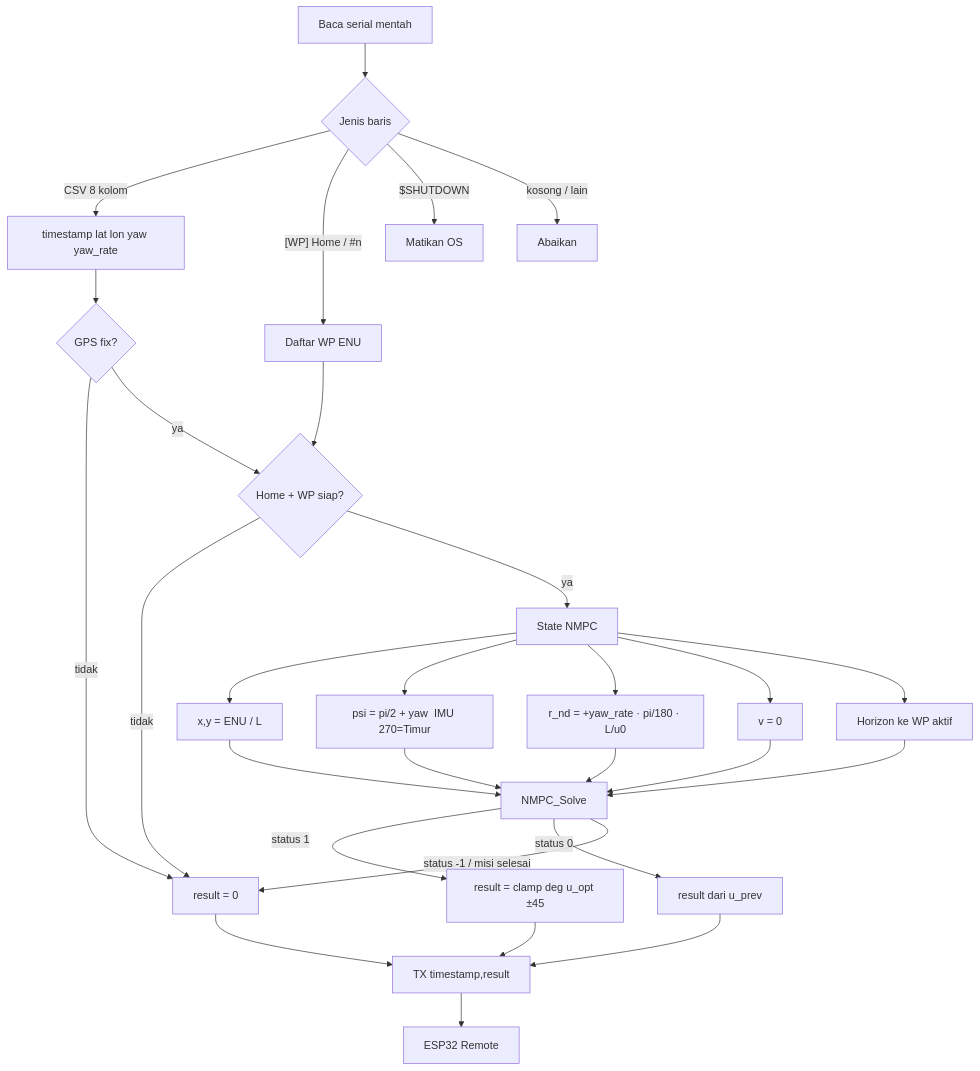
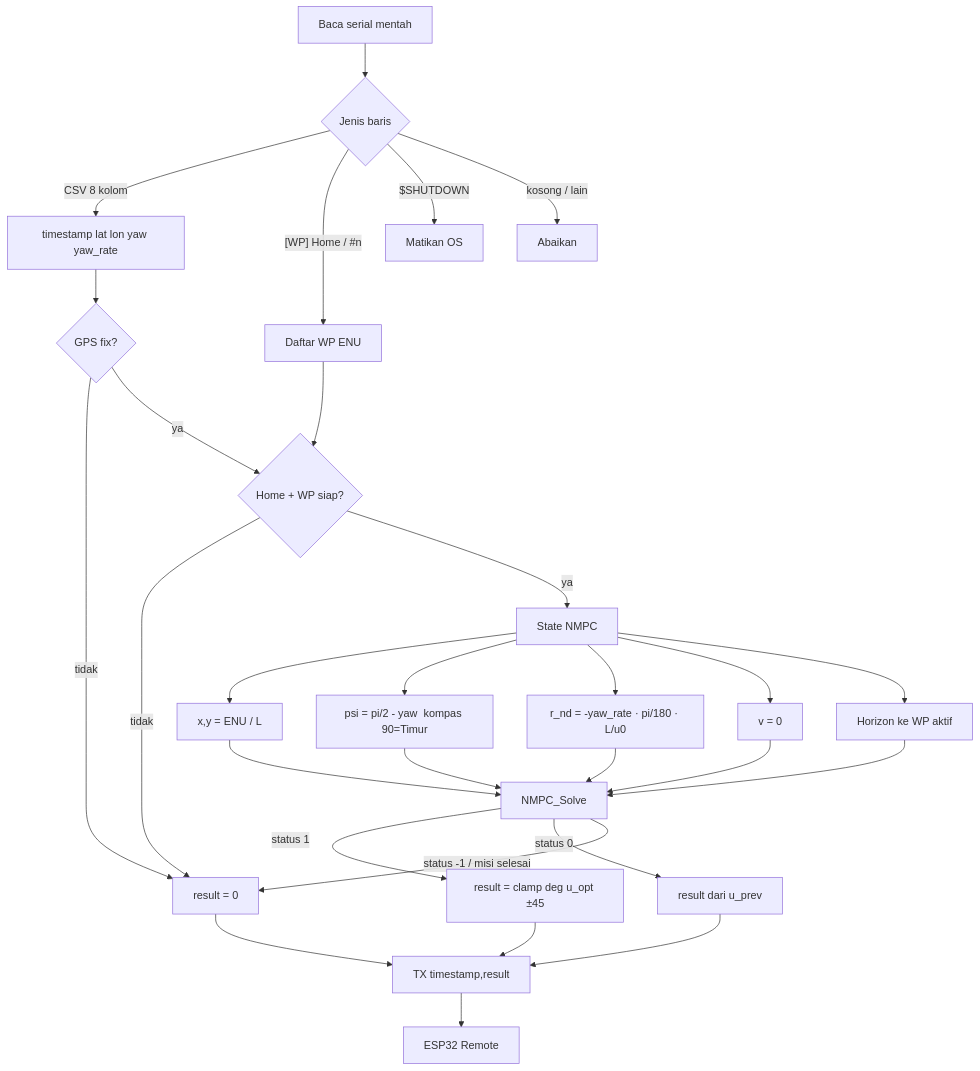
One commit to InskalBTHBPPT/Ship_Model_Control_ESP32-S3-v2026.01 changed the second of 3 diagrams in Cpp_Files/Cpp_ReadWriteSerial-2.0-ENU-NMPC-beta/README.md. Above: the diagram before and after it, drawn with Mermaid. The commit also changed other lines of this file and 11 other files, not shown here.

````diff
--- a/Cpp_Files/Cpp_ReadWriteSerial-2.0-ENU-NMPC-beta/README.md
+++ b/Cpp_Files/Cpp_ReadWriteSerial-2.0-ENU-NMPC-beta/README.md
@@ -52,35 +49,35 @@
 ```mermaid
 flowchart TD
   RX["Baca serial mentah"] --> Class{Jenis baris}
   Class -->|CSV 8 kolom| CSV["timestamp lat lon yaw yaw_rate"]
   Class -->|"[WP] Home / #n"| WP["Daftar WP ENU"]
   Class -->|"$SHUTDOWN"| SD["Matikan OS"]
   Class -->|"kosong / lain"| Skip["Abaikan"]
 
   WP --> Ready{Home + WP siap?}
   CSV --> GPS{GPS fix?}
   GPS -->|tidak| Zero["result = 0"]
   GPS -->|ya| Ready
   Ready -->|tidak| Zero
   Ready -->|ya| State["State NMPC"]
 
   State --> S1["x,y = ENU / L"]
-  State --> S2["psi = pi/2 + yaw  IMU 270=Timur"]
-  State --> S3["r_nd = +yaw_rate · pi/180 · L/u0"]
+  State --> S2["psi = pi/2 - yaw  kompas 90=Timur"]
+  State --> S3["r_nd = -yaw_rate · pi/180 · L/u0"]
   State --> S4["v = 0"]
   State --> Hor["Horizon ke WP aktif"]
 
   S1 --> Solve["NMPC_Solve"]
   S2 --> Solve
   S3 --> Solve
   S4 --> Solve
   Hor --> Solve
 
   Solve -->|status 1| Deg["result = clamp deg u_opt ±45"]
   Solve -->|status 0| Hold["result dari u_prev"]
   Solve -->|status -1 / misi selesai| Zero
   Deg --> TX["TX timestamp,result"]
   Hold --> TX
   Zero --> TX
   TX --> ESP["ESP32 Remote"]
 ```
````
